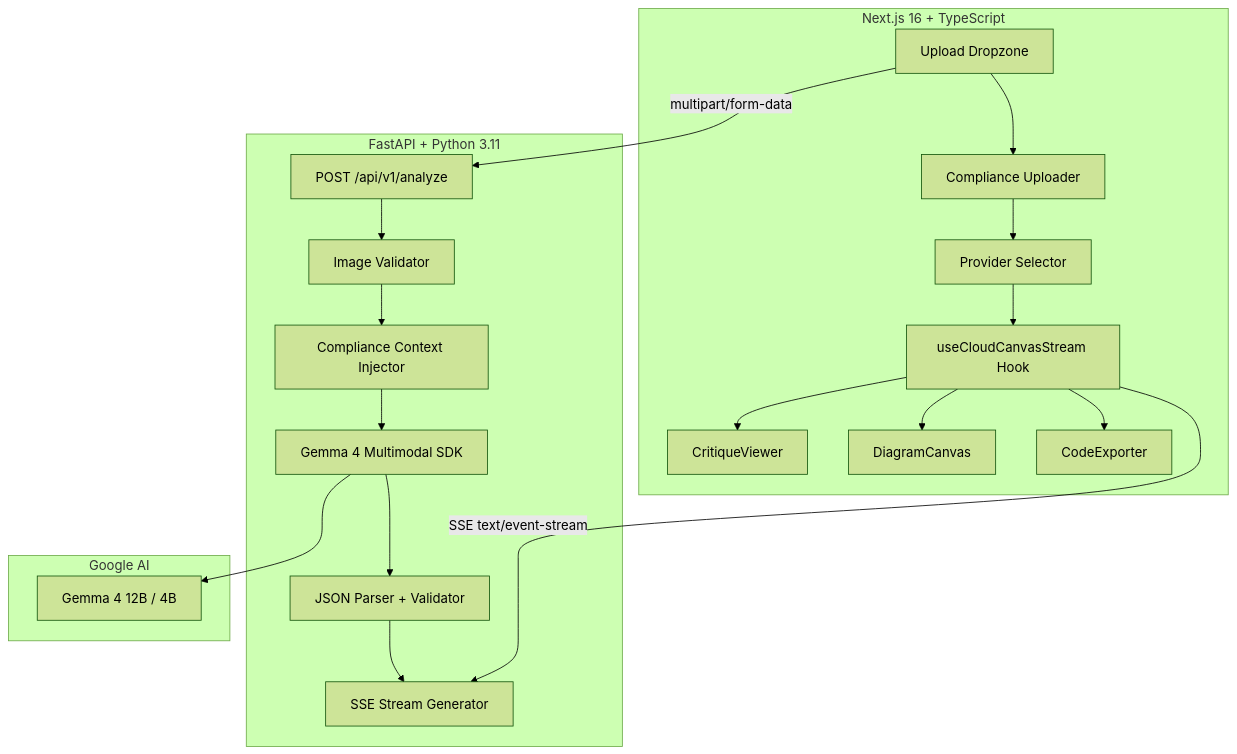
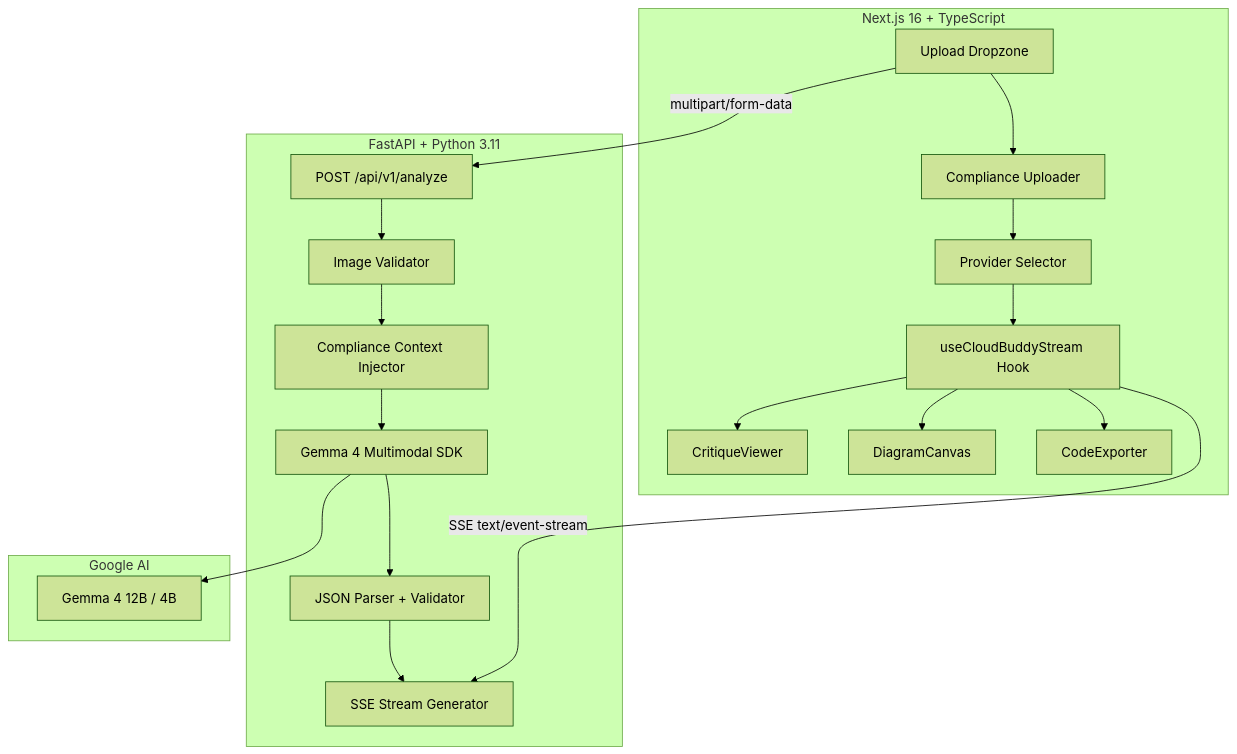
Before and after one commit to Ashish-800/Cloud-Buddy: the diagram in README.md, drawn with Mermaid (forest theme). The commit also changed other lines of this file and 11 other files, not shown here.

Commit message:
Rename application from CloudCanvas to Cloud Buddy across frontend, backend, Docker, and scripts

````diff
--- a/README.md
+++ b/README.md
@@ -14,26 +14,26 @@
 ```mermaid
 graph TD
     subgraph Frontend ["Next.js 16 + TypeScript"]
         A[Upload Dropzone] --> B[Compliance Uploader]
         B --> C[Provider Selector]
-        C --> D[useCloudCanvasStream Hook]
+        C --> D[useCloudBuddyStream Hook]
         D --> E[CritiqueViewer]
         D --> F[DiagramCanvas]
         D --> G[CodeExporter]
     end
 
     subgraph Backend ["FastAPI + Python 3.11"]
         H[POST /api/v1/analyze] --> I[Image Validator]
         I --> J[Compliance Context Injector]
         J --> K[Gemma 4 Multimodal SDK]
         K --> L[JSON Parser + Validator]
         L --> M[SSE Stream Generator]
     end
 
     D -- "SSE text/event-stream" --> M
     A -- "multipart/form-data" --> H
 
     subgraph AI ["Google AI"]
         K --> N[Gemma 4 12B / 4B]
     end
 ```
````
